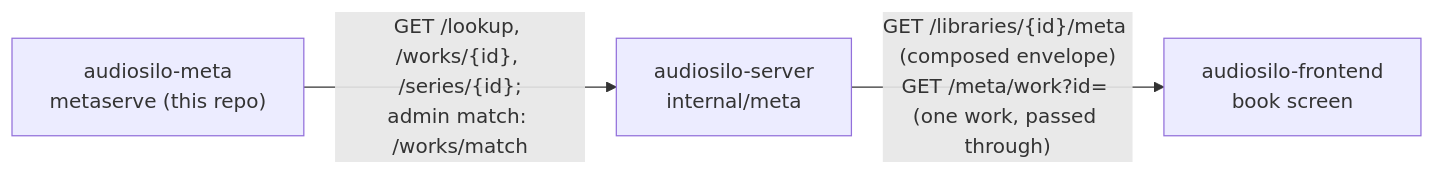
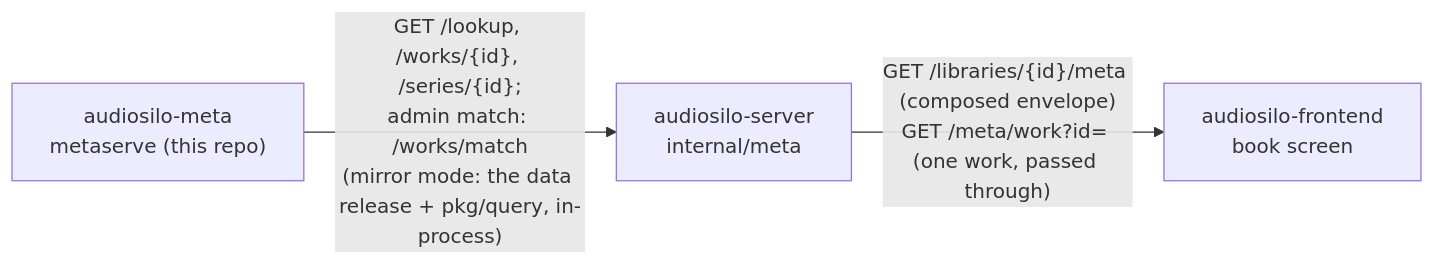
One commit to KodeStar/audiosilo-docs changed the diagram in docs-developers/meta/overview.md. Above: the diagram before and after it, drawn with Mermaid. The commit also changed other lines of this file and 4 other files, not shown here.

Commit message:
Meta docs: pkg/query, querytest and pkg/release are public; artifact schema stays additive

````diff
--- a/docs-developers/meta/overview.md
+++ b/docs-developers/meta/overview.md
@@ -224,8 +282,8 @@
 ```mermaid
 flowchart LR
     meta["audiosilo-meta<br/>metaserve (this repo)"]
     srv["audiosilo-server<br/>internal/meta"]
     player["audiosilo-frontend<br/>book screen"]
-    meta -->|"GET /lookup, /works/{id}, /series/{id};<br/>admin match: /works/match"| srv
+    meta -->|"GET /lookup, /works/{id}, /series/{id};<br/>admin match: /works/match<br/>(mirror mode: the data release + pkg/query, in-process)"| srv
     srv -->|"GET /libraries/{id}/meta (composed envelope)<br/>GET /meta/work?id= (one work, passed through)"| player
 ```
````
